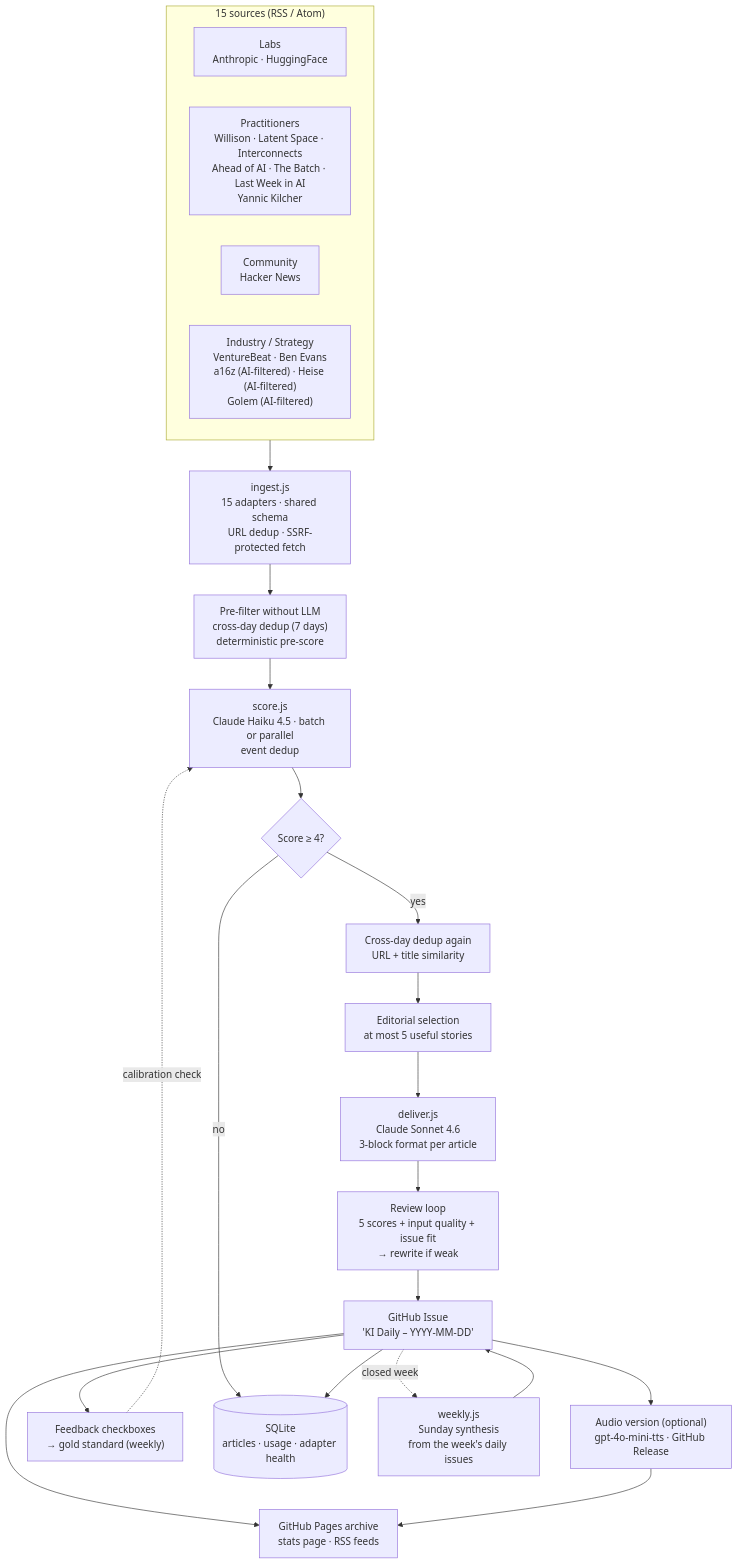
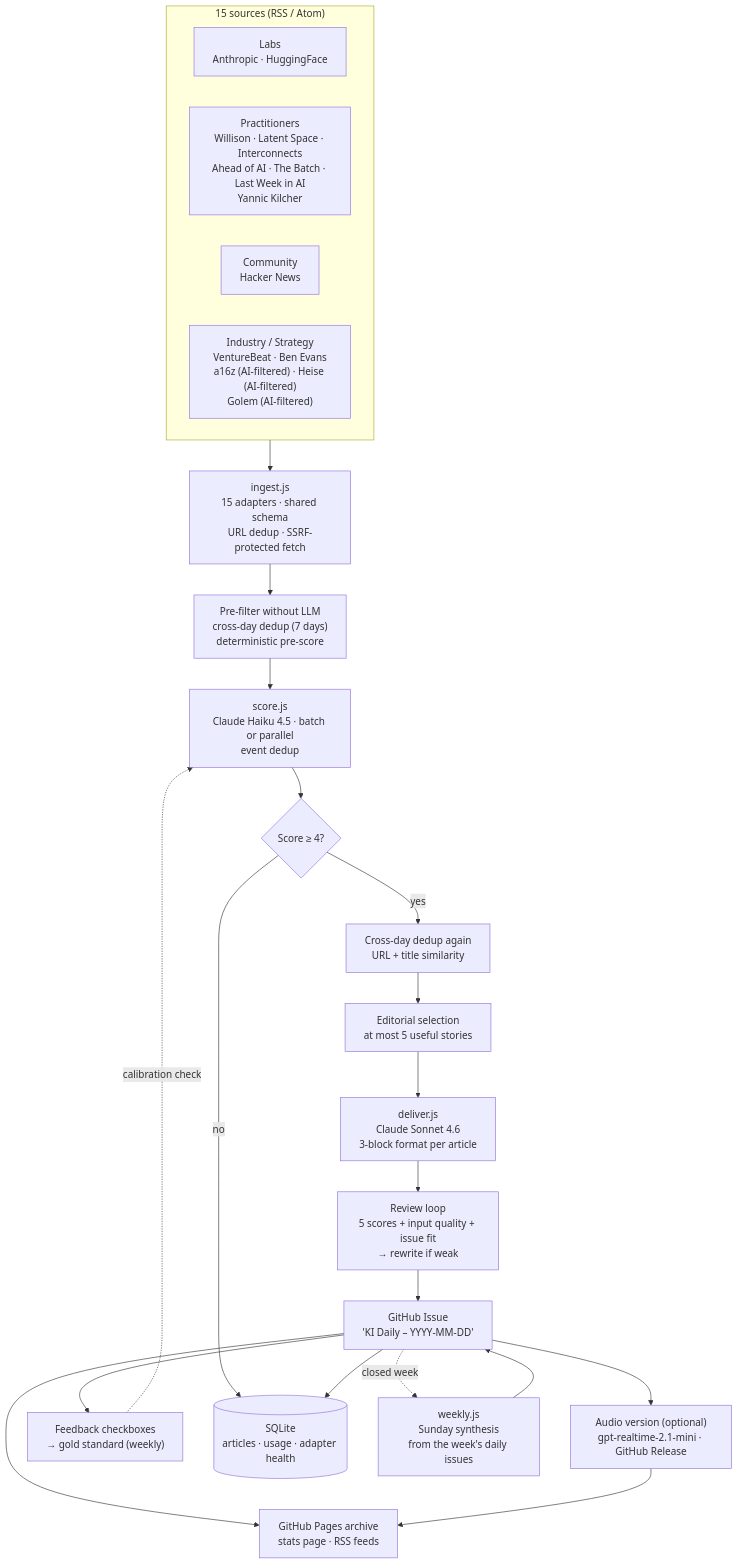
One commit to kronprinzmagma/ki-news-aggregator changed the diagram in README.md. Above: the diagram before and after it, drawn with Mermaid. The commit also changed other lines of this file and 12 other files, not shown here.

First line of the commit message:
Vorlesen: auf gpt-realtime-2.1-mini (Realtime-API) umgebaut

````diff
--- a/README.md
+++ b/README.md
@@ -77,33 +77,33 @@
 ```mermaid
 flowchart TD
     subgraph Sources["15 sources (RSS / Atom)"]
         S1["Labs<br/>Anthropic · HuggingFace"]
         S2["Practitioners<br/>Willison · Latent Space · Interconnects<br/>Ahead of AI · The Batch · Last Week in AI<br/>Yannic Kilcher"]
         S3["Community<br/>Hacker News"]
         S4["Industry / Strategy<br/>VentureBeat · Ben Evans<br/>a16z (AI-filtered) · Heise (AI-filtered)<br/>Golem (AI-filtered)"]
     end
 
     Ingest["ingest.js<br/>15 adapters · shared schema<br/>URL dedup · SSRF-protected fetch"]
     Pre["Pre-filter without LLM<br/>cross-day dedup (7 days)<br/>deterministic pre-score"]
     Score["score.js<br/>Claude Haiku 4.5 · batch or parallel<br/>event dedup"]
     Filter{"Score ≥ 4?"}
     XDay["Cross-day dedup again<br/>URL + title similarity"]
     Select["Editorial selection<br/>at most 5 useful stories"]
     Write["deliver.js<br/>Claude Sonnet 4.6<br/>3-block format per article"]
     Review["Review loop<br/>5 scores + input quality + issue fit<br/>→ rewrite if weak"]
     Issue["GitHub Issue<br/>'KI Daily – YYYY-MM-DD'"]
     Archive["GitHub Pages archive<br/>stats page · RSS feeds"]
-    Audio["Audio version (optional)<br/>gpt-4o-mini-tts · GitHub Release"]
+    Audio["Audio version (optional)<br/>gpt-realtime-2.1-mini · GitHub Release"]
     Feedback["Feedback checkboxes<br/>→ gold standard (weekly)"]
     Store[("SQLite<br/>articles · usage · adapter health")]
     Weekly["weekly.js<br/>Sunday synthesis<br/>from the week's daily issues"]
 
     Sources --> Ingest --> Pre --> Score --> Filter
     Filter -- yes --> XDay --> Select --> Write --> Review --> Issue
     Filter -- no --> Store
     Issue --> Store
     Issue --> Archive
     Issue --> Audio --> Archive
         Issue --> Feedback -.calibration check.-> Score
     Issue -.closed week.-> Weekly --> Issue
 ```
````
